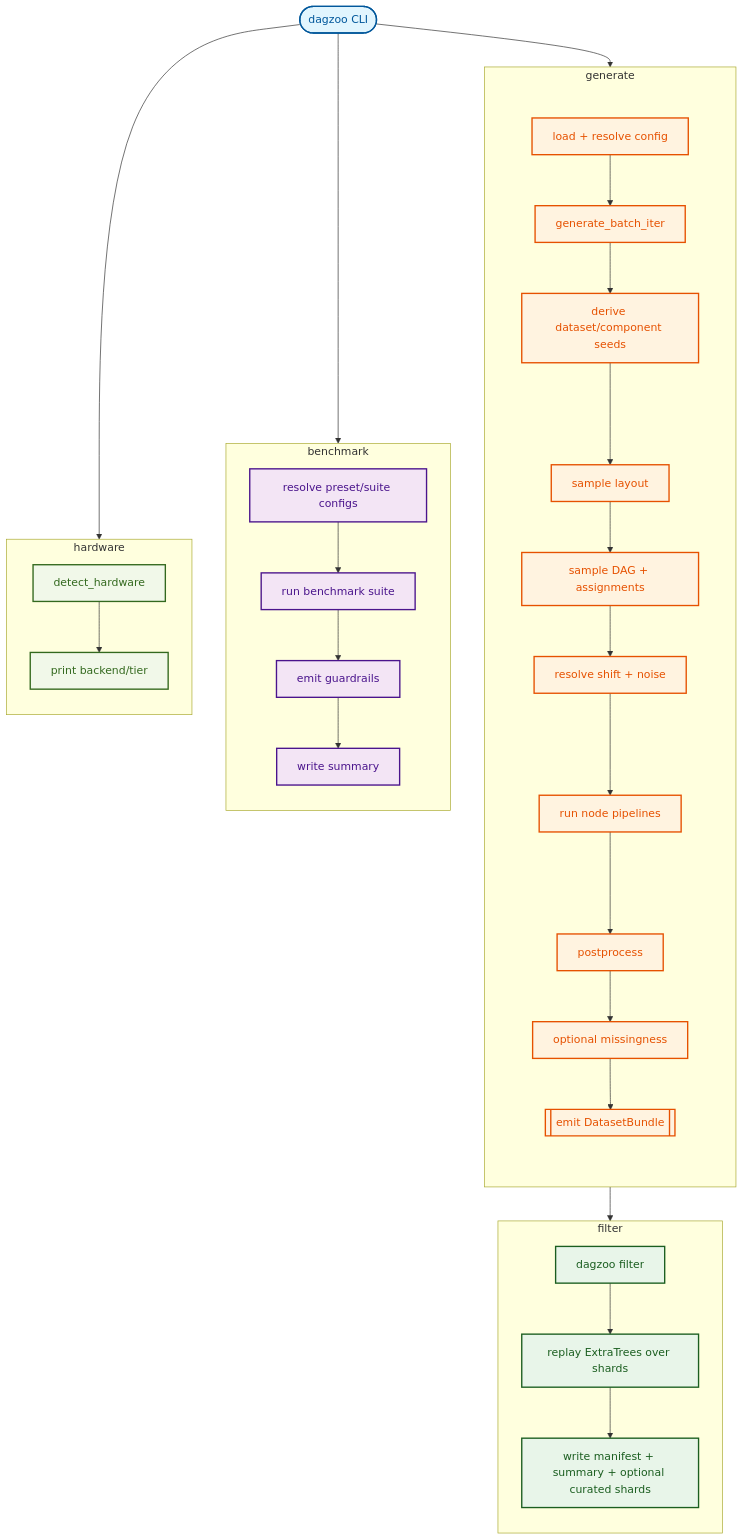
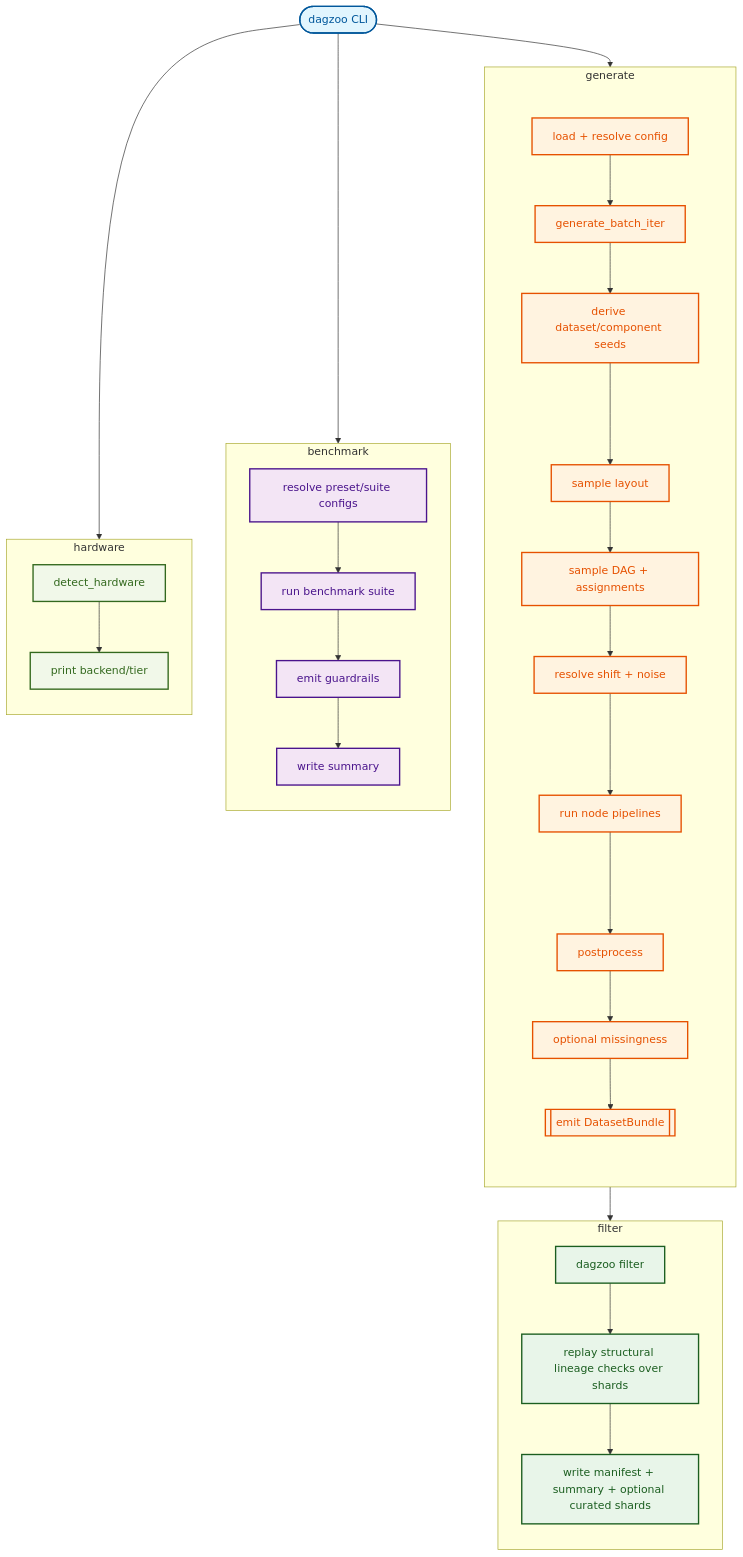
Before and after one commit to bensonlee5/cauchy-generator: the second of 3 diagrams in docs/how-it-works.md, drawn with Mermaid. The commit also changed other lines of this file and 54 other files, not shown here.

````diff
--- a/docs/how-it-works.md
+++ b/docs/how-it-works.md
@@ -212,67 +213,67 @@
 ```mermaid
 flowchart TB
     %% Class Definitions
     classDef cli fill:#e1f5fe,stroke:#01579b,stroke-width:2px,color:#01579b
     classDef gen fill:#fff3e0,stroke:#e65100,stroke-width:2px,color:#e65100
     classDef bench fill:#f3e5f5,stroke:#4a148c,stroke-width:2px,color:#4a148c
     classDef flt fill:#e8f5e9,stroke:#1b5e20,stroke-width:2px,color:#1b5e20
     classDef hw fill:#f1f8e9,stroke:#33691e,stroke-width:2px,color:#33691e
 
     CLI(["dagzoo CLI"])
 
     CLI --> GenCfg
     CLI --> BenchCfg
     CLI --> Detect
 
     subgraph GeneratePath [generate]
         direction TB
         subgraph Setup [" "]
             GenCfg[load + resolve config] --> Loop[generate_batch_iter]
             Loop --> Seed[derive dataset/component seeds]
         end
         subgraph Sampling [" "]
             Seed --> Layout[sample layout]
             Layout --> DAG[sample DAG + assignments]
             DAG --> Resolve[resolve shift + noise]
         end
         subgraph Execution [" "]
             Resolve --> Exec[run node pipelines]
         end
         subgraph Emission [" "]
             Exec --> Post[postprocess]
             Post --> Missing[optional missingness]
             Missing --> Bundle[[emit DatasetBundle]]
         end
     end
 
     subgraph FilterPath [filter]
         direction TB
-        FilterCmd[dagzoo filter] --> Replay[replay ExtraTrees over shards]
+        FilterCmd[dagzoo filter] --> Replay[replay structural lineage checks over shards]
         Replay --> FilterArtifacts[write manifest + summary + optional curated shards]
     end
     Bundle --> FilterCmd
 
     subgraph BenchmarkPath [benchmark]
         direction TB
         BenchCfg[resolve preset/suite configs] --> Runs[run benchmark suite]
         Runs --> Guards[emit guardrails]
         Guards --> Reports[write summary]
     end
 
     subgraph HardwarePath [hardware]
         direction TB
         Detect[detect_hardware] --> Print[print backend/tier]
     end
 
     %% Assign Classes
     class CLI cli
     class GenCfg,Loop,Seed,Layout,DAG,Resolve,Exec,Post,Missing,Bundle gen
     class FilterCmd,Replay,FilterArtifacts flt
     class BenchCfg,Runs,Guards,Reports bench
     class Detect,Print hw
 
     style Setup fill:transparent,stroke:none
     style Sampling fill:transparent,stroke:none
     style Execution fill:transparent,stroke:none
     style Emission fill:transparent,stroke:none
 ```
````
